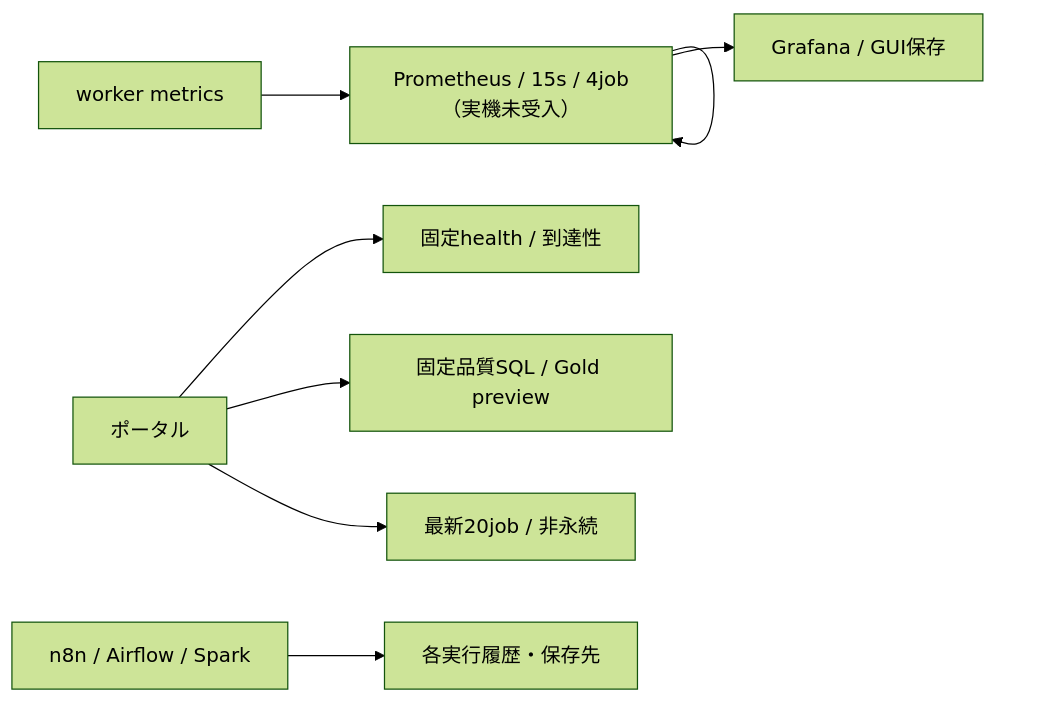
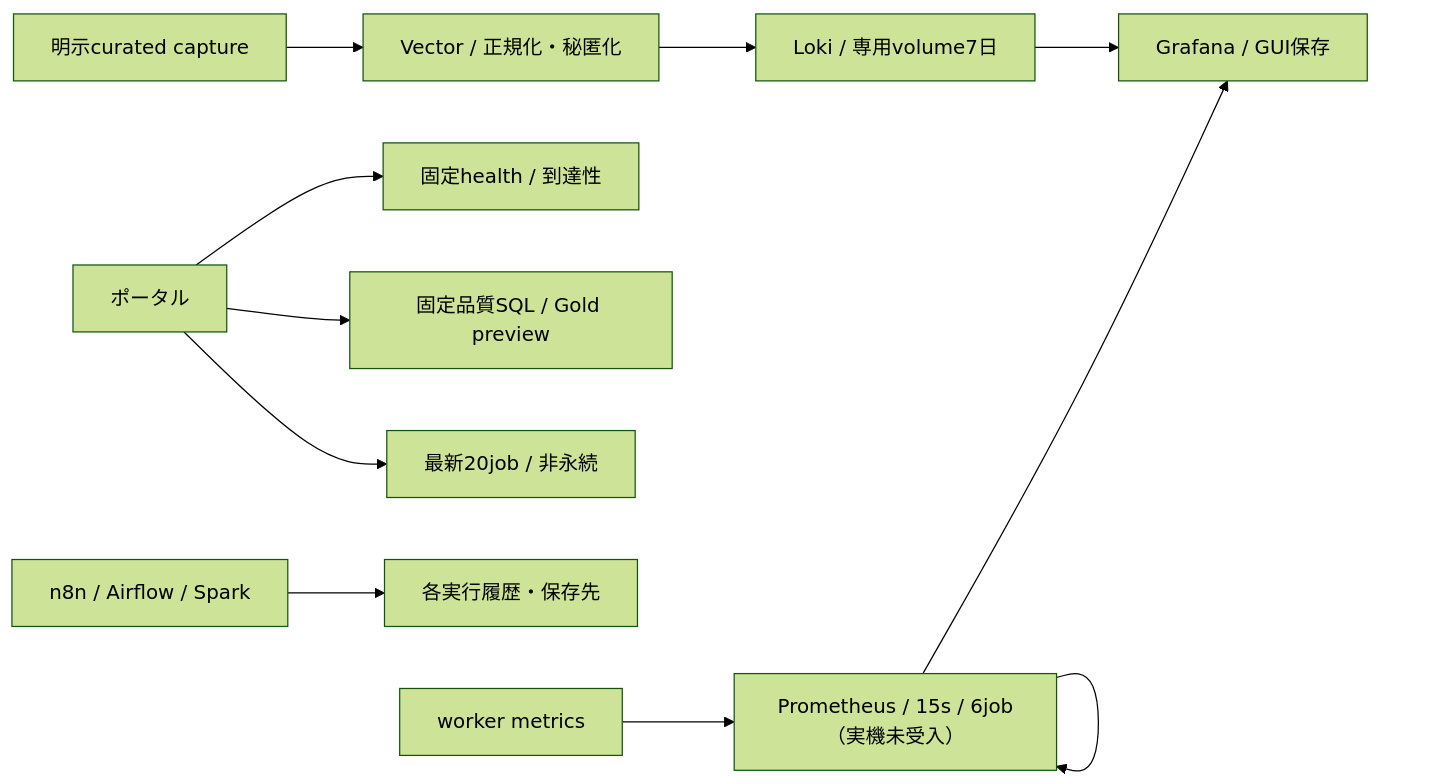
One commit to hiromura16/lakehouse-foundation changed the diagram in docs/reports/mermaid/10-observability.mmd. Above: the diagram before and after it, drawn with Mermaid (forest theme). The commit also changed 70 other files, not shown here.

Commit message:
feat: add bounded Vector and Loki log observability

```diff
--- a/docs/reports/mermaid/10-observability.mmd
+++ b/docs/reports/mermaid/10-observability.mmd
@@ -1,8 +1,11 @@
 flowchart LR
-  W["worker metrics"] --> P["Prometheus / 15s / 4job（実機未受入）"]
+  W["worker metrics"] --> P["Prometheus / 15s / 6job（実機未受入）"]
   P --> G["Grafana / GUI保存"]
   P --> P
   Portal["ポータル"] --> Health["固定health / 到達性"]
   Portal --> Quality["固定品質SQL / Gold preview"]
   Portal --> Jobs["最新20job / 非永続"]
   Native["n8n / Airflow / Spark"] --> Logs["各実行履歴・保存先"]
+  Capture["明示curated capture"] --> Vector["Vector / 正規化・秘匿化"]
+  Vector --> Loki["Loki / 専用volume7日"]
+  Loki --> G
```
